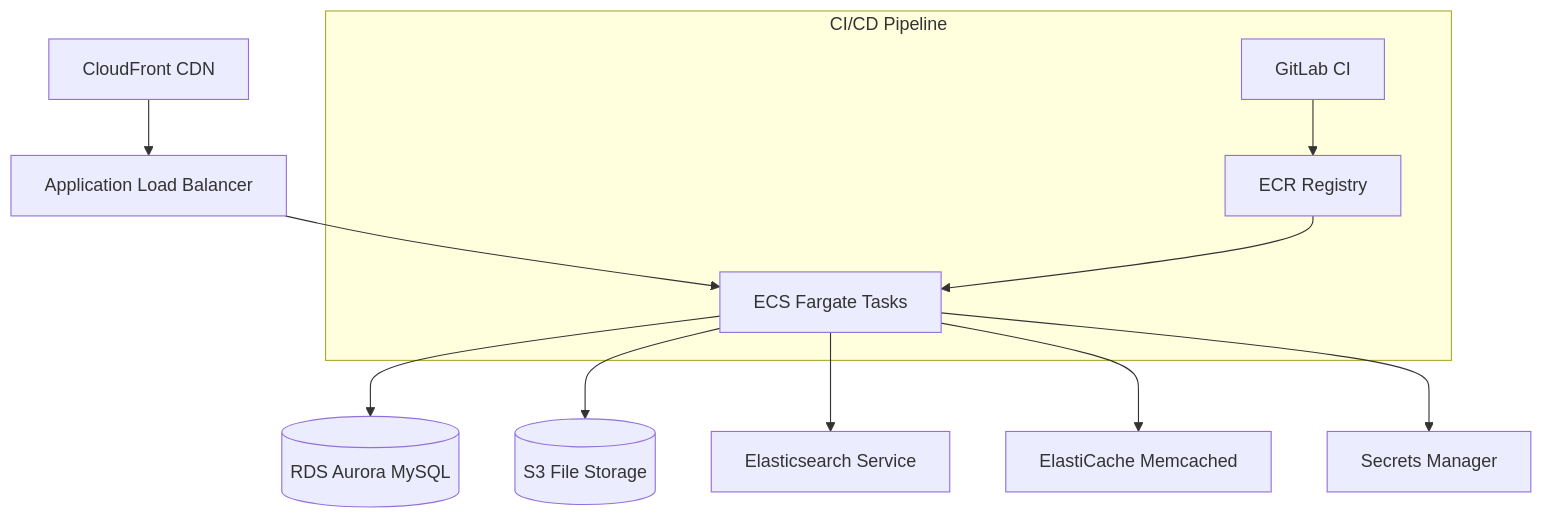
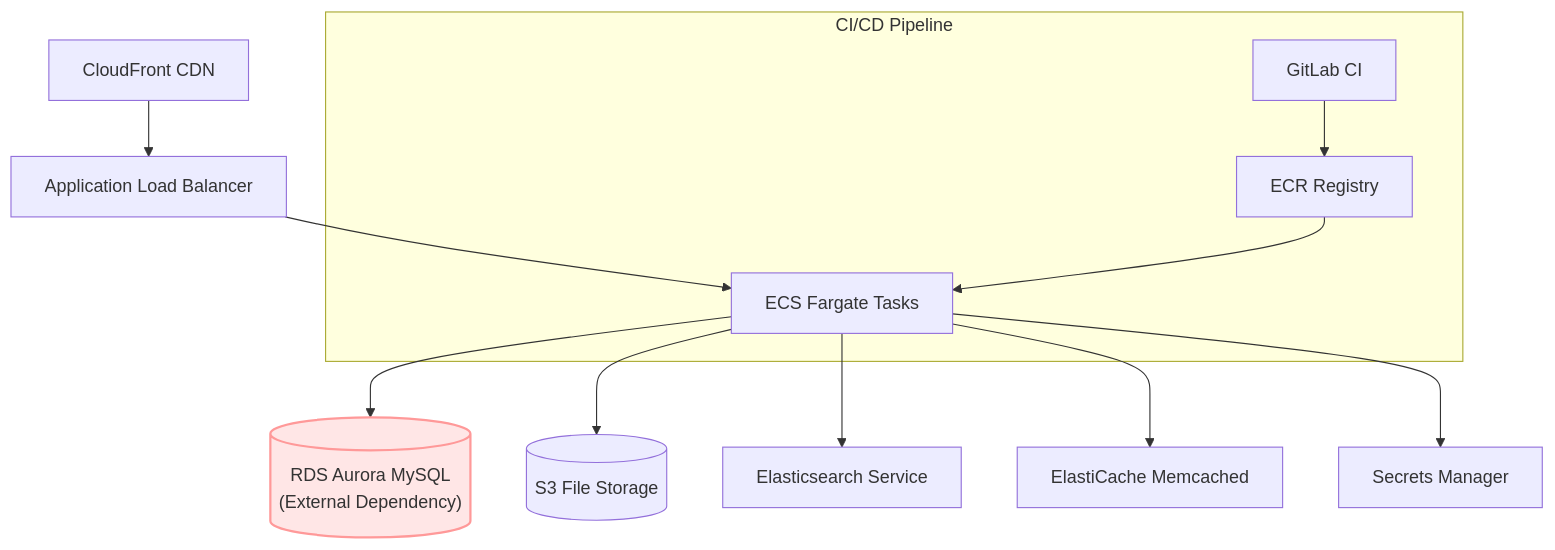
The diagram in README.md (USEPA/webcms), drawn with Mermaid before and after one commit. The commit also changed other lines of this file, not shown here.

Commit message:
docs: Clarify Aurora MySQL as an external dependency in top-level README

````diff
--- a/README.md
+++ b/README.md
@@ -414,15 +414,18 @@
 ```mermaid
 graph TB
     CF[CloudFront CDN] --> ALB[Application Load Balancer]
     ALB --> ECS[ECS Fargate Tasks]
-    ECS --> RDS[(RDS Aurora MySQL)]
+    ECS --> RDS[("RDS Aurora MySQL<br/>(External Dependency)")]
     ECS --> S3[(S3 File Storage)]
     ECS --> ES[Elasticsearch Service]
     ECS --> EC[ElastiCache Memcached]
     ECS --> SM[Secrets Manager]
     
 subgraph "CI/CD Pipeline"
         GL[GitLab CI] --> ECR[ECR Registry]
         ECR --> ECS
     end
+    
+    classDef external fill:#ffe6e6,stroke:#ff9999,stroke-width:2px
+    class RDS external
 ```
````
